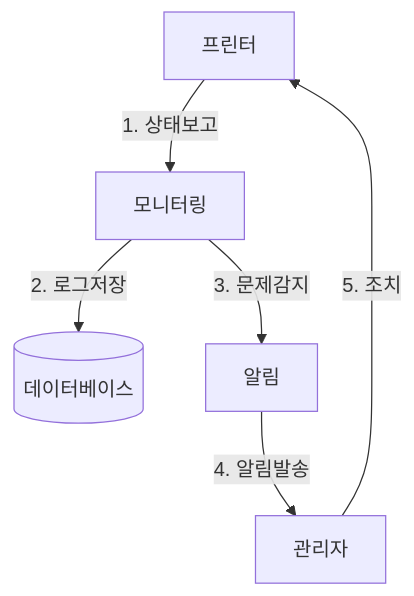
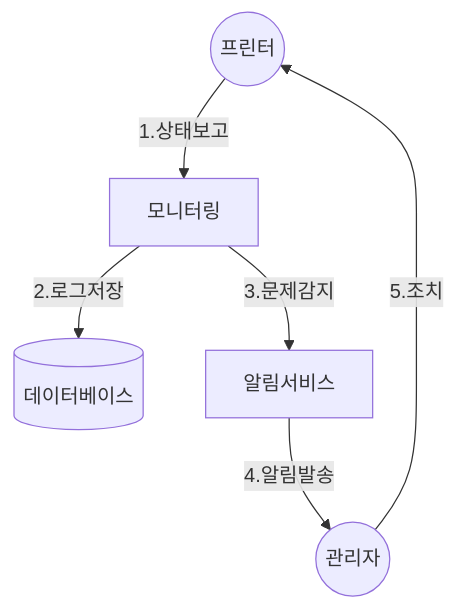
The fourth of 4 diagrams in docs/architecture/dfd.md (daekyung23/back-end), drawn with Mermaid before and after one commit. The commit also changed other lines of this file, not shown here.

````diff
--- a/docs/architecture/dfd.md
+++ b/docs/architecture/dfd.md
@@ -38,8 +53,14 @@
 ```mermaid
 flowchart TD
-    Device[프린터] -->|1. 상태보고| Monitor[모니터링]
-    Monitor -->|2. 로그저장| DB[(데이터베이스)]
-    Monitor -->|3. 문제감지| Alert[알림]
-    Alert -->|4. 알림발송| Admin[관리자]
-    Admin -->|5. 조치| Device
+    Device((프린터))
+    Monitor[모니터링]
+    DB[(데이터베이스)]
+    Alert[알림서비스]
+    Admin((관리자))
+    
+    Device -->|1.상태보고| Monitor
+    Monitor -->|2.로그저장| DB
+    Monitor -->|3.문제감지| Alert
+    Alert -->|4.알림발송| Admin
+    Admin -->|5.조치| Device
 ```
````
